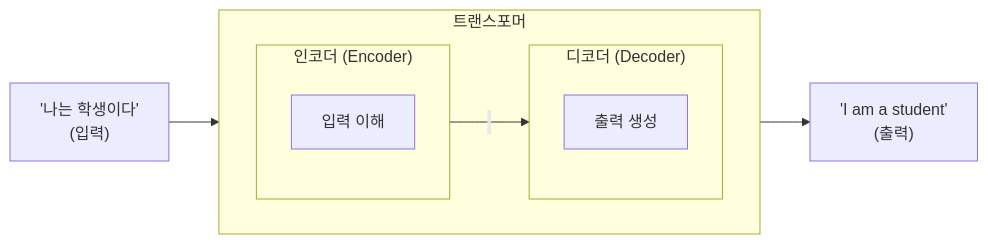
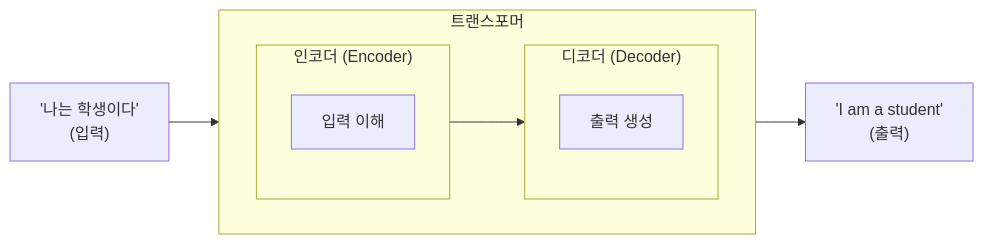
One commit to speson/tom-learn-ai changed the first of 2 diagrams in docs/chapters/02-llm-deep-dive/index.md. Above: the diagram before and after it, drawn with Mermaid. The commit also changed 5 other files, not shown here.

First line of the commit message:
Mermaid 문법 호환성 수정

````diff
--- a/docs/chapters/02-llm-deep-dive/index.md
+++ b/docs/chapters/02-llm-deep-dive/index.md
@@ -44,15 +44,15 @@
 ```mermaid
 flowchart LR
     subgraph 트랜스포머
         direction LR
         subgraph 인코더["인코더 (Encoder)"]
             E["입력 이해"]
         end
         subgraph 디코더["디코더 (Decoder)"]
             D["출력 생성"]
         end
-        인코더 -->|"&nbsp;"| 디코더
+        인코더 --> 디코더
     end
     IN["'나는 학생이다'\n(입력)"] --> 인코더
     디코더 --> OUT["'I am a student'\n(출력)"]
 ```
````
